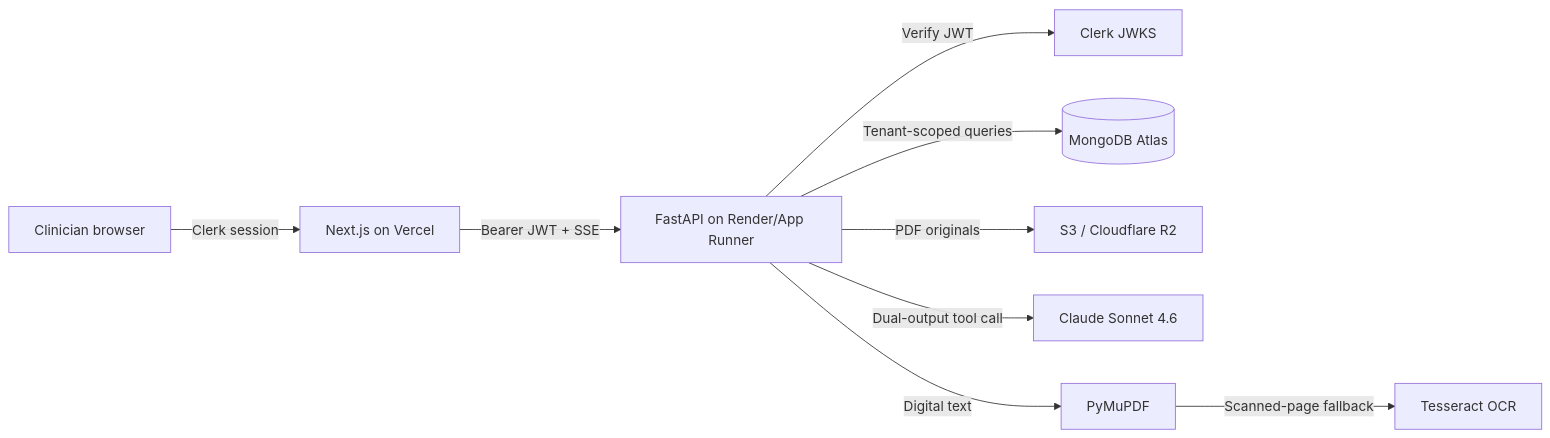
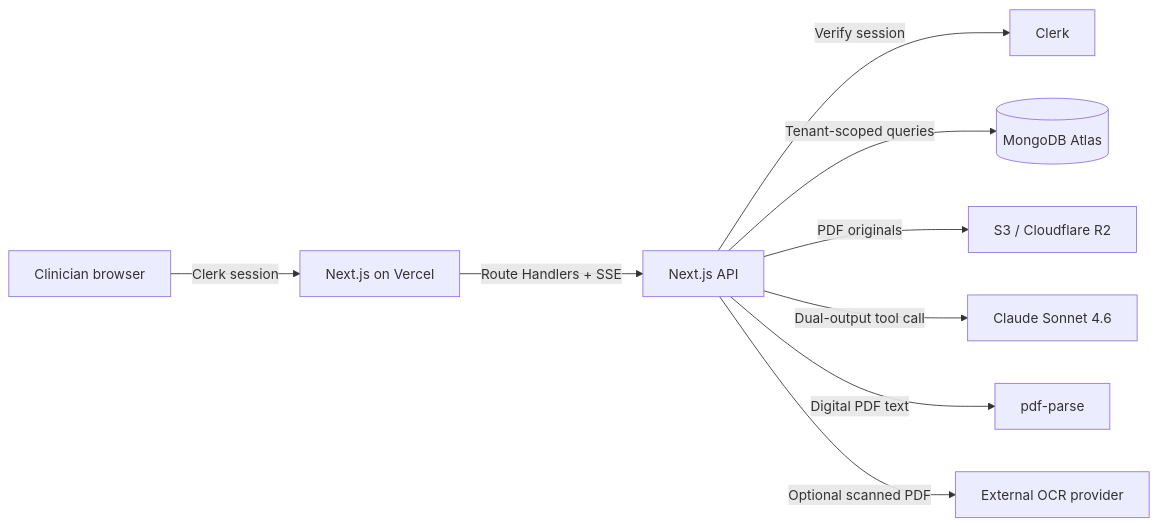
Before and after one commit to Info-stats-ai/MediPro: the diagram in README.md, drawn with Mermaid. The commit also changed other lines of this file and 30 other files, not shown here.

Commit message:
feat(web): move backend into Next.js route handlers

````diff
--- a/README.md
+++ b/README.md
@@ -14,11 +14,11 @@
 ```mermaid
 flowchart LR
     U[Clinician browser] -->|Clerk session| V[Next.js on Vercel]
-    V -->|Bearer JWT + SSE| A[FastAPI on Render/App Runner]
-    A -->|Verify JWT| C[Clerk JWKS]
+    V -->|Route Handlers + SSE| A[Next.js API]
+    A -->|Verify session| C[Clerk]
     A -->|Tenant-scoped queries| M[(MongoDB Atlas)]
     A -->|PDF originals| S[S3 / Cloudflare R2]
     A -->|Dual-output tool call| L[Claude Sonnet 4.6]
-    A -->|Digital text| P[PyMuPDF]
-    P -->|Scanned-page fallback| O[Tesseract OCR]
+    A -->|Digital PDF text| P[pdf-parse]
+    A -->|Optional scanned PDF| O[External OCR provider]
 ```
````
